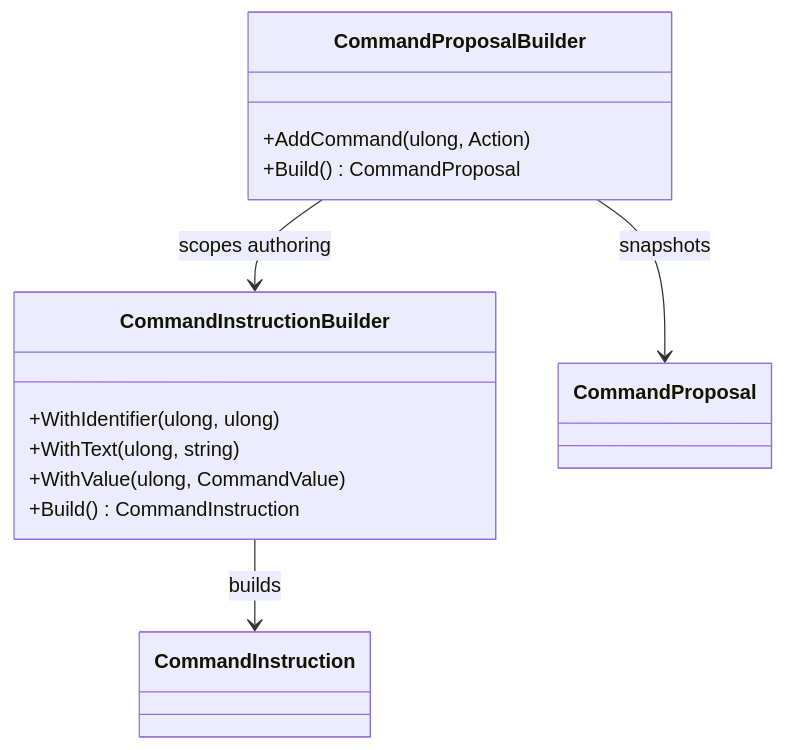
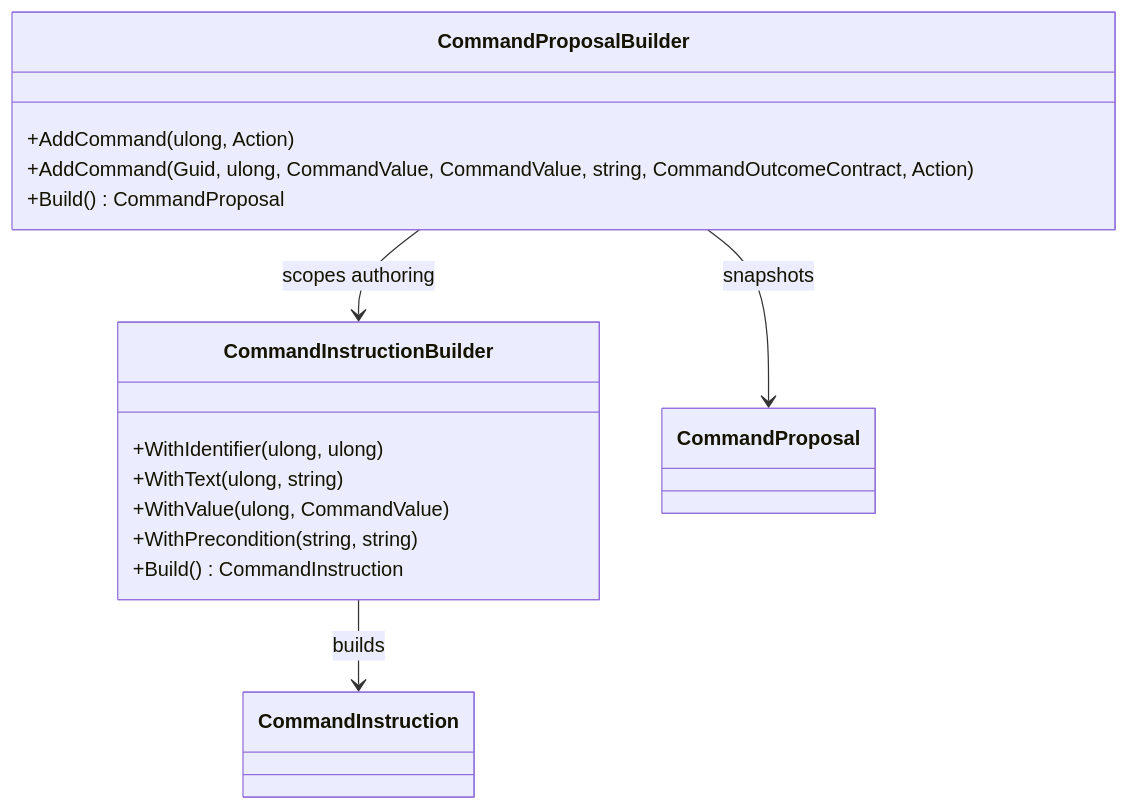
One commit to TrentBest/TheSingularityWorkshop.CommandAi changed the diagram in docs/UML/CommandProposalBuilderUML.md. Above: the diagram before and after it, drawn with Mermaid. The commit also changed other lines of this file, not shown here.

Commit message:
docs: align AI ownership and UML with enriched v1

```diff
--- a/docs/UML/CommandProposalBuilderUML.md
+++ b/docs/UML/CommandProposalBuilderUML.md
@@ -6,16 +6,18 @@
 ~~~mermaid
 classDiagram
   class CommandProposalBuilder {
     +AddCommand(ulong, Action)
+    +AddCommand(Guid, ulong, CommandValue, CommandValue, string, CommandOutcomeContract, Action)
     +Build() CommandProposal
   }
   class CommandInstructionBuilder {
     +WithIdentifier(ulong, ulong)
     +WithText(ulong, string)
     +WithValue(ulong, CommandValue)
+    +WithPrecondition(string, string)
     +Build() CommandInstruction
   }
   CommandProposalBuilder --> CommandInstructionBuilder : scopes authoring
   CommandProposalBuilder --> CommandProposal : snapshots
   CommandInstructionBuilder --> CommandInstruction : builds
 ~~~
```
